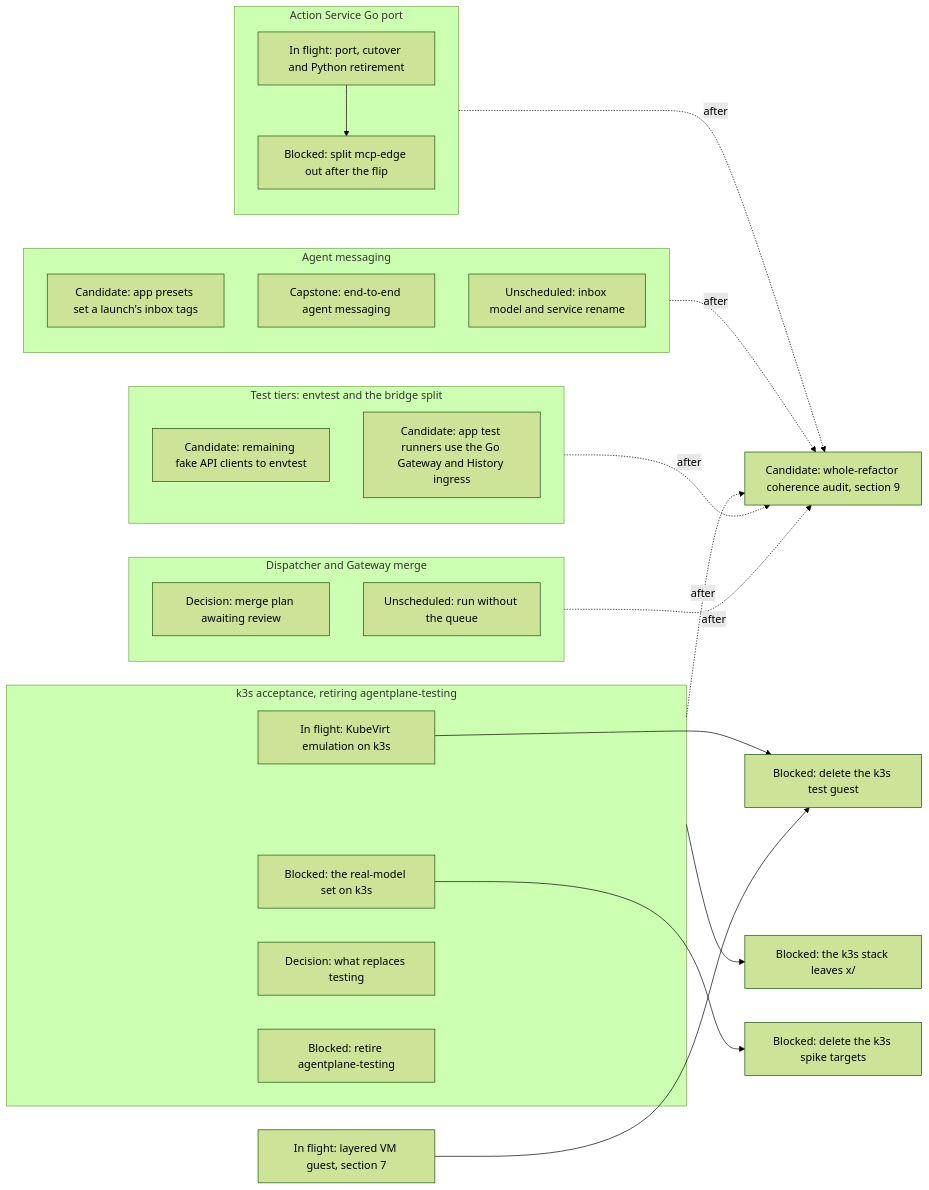
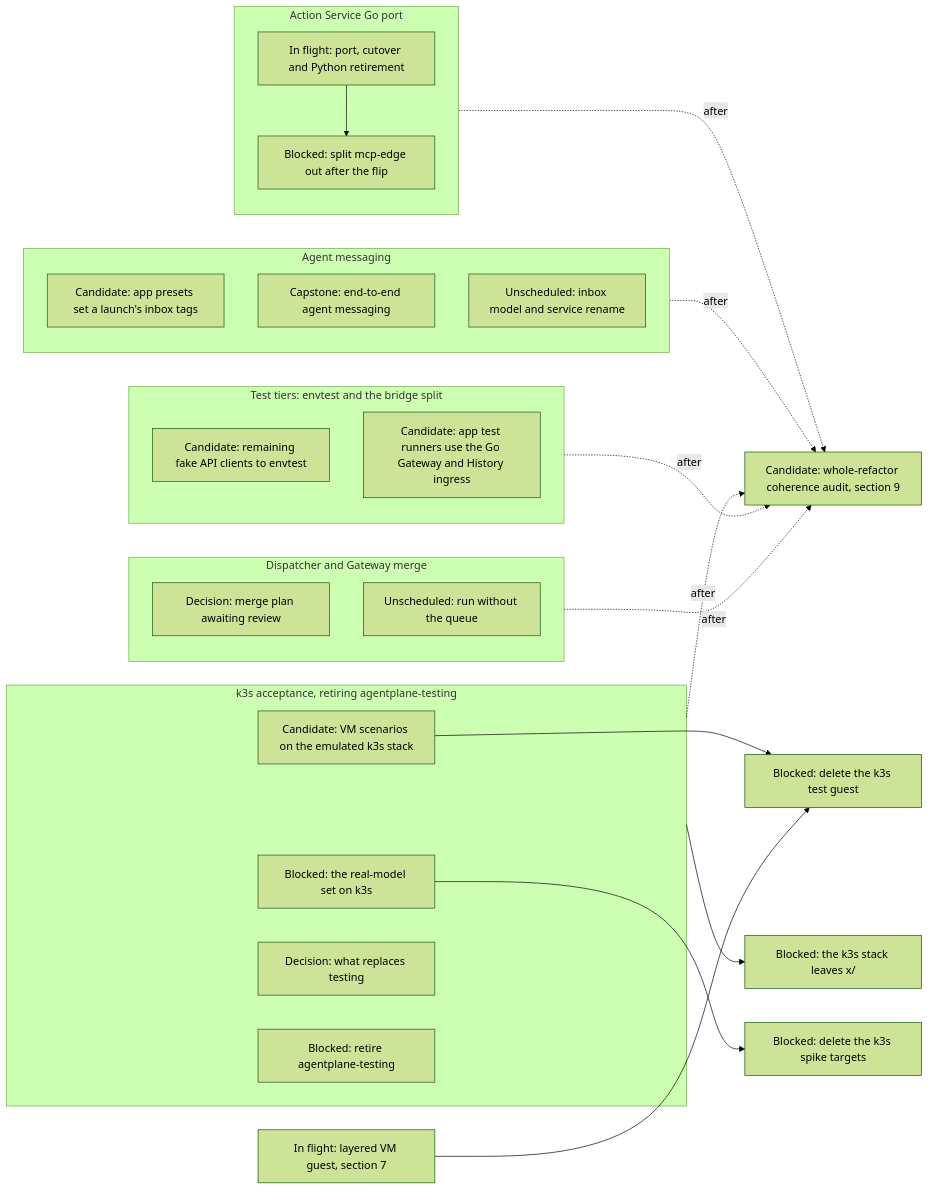
Before and after one commit to agentydragon-agent/ducktape: the first of 19 diagrams in agentplane/plans/task_dag.md, drawn with Mermaid (forest theme). The commit also changed other lines of this file and 22 other files, not shown here.

First line of the commit message:
agentplane: boot a VM Sandbox on the k3s stack under KubeVirt emulation

````diff
--- a/agentplane/plans/task_dag.md
+++ b/agentplane/plans/task_dag.md
@@ -29,36 +29,36 @@
 ```mermaid
 flowchart LR
     subgraph ACTION_TRACK[Action Service Go port]
         ACTION_SERVICE_GO_PORT[In flight: port, cutover and Python retirement]
         ACTION_MCP_EDGE_SPLIT[Blocked: split mcp-edge out after the flip]
     end
     subgraph MESSAGING_TRACK[Agent messaging]
         SANDBOX_INBOX_TAGS[Candidate: app presets set a launch's inbox tags]
         AGENT_MESSAGING[Capstone: end-to-end agent messaging]
         NOTIFICATION_SERVICE_SPLIT[Unscheduled: inbox model and service rename]
     end
     subgraph K3S_TRACK[k3s acceptance, retiring agentplane-testing]
-        K3S_VM_ACCEPTANCE[In flight: KubeVirt emulation on k3s]
+        K3S_VM_ACCEPTANCE[Candidate: VM scenarios on the emulated k3s stack]
         K3S_MODEL_SCENARIOS[Blocked: the real-model set on k3s]
         TESTING_ROLLOUT_ROLE[Decision: what replaces testing]
         TESTING_ENVIRONMENT_RETIRE[Blocked: retire agentplane-testing]
     end
     subgraph TIER_TRACK[Test tiers: envtest and the bridge split]
         FAKE_CLIENTS_TO_ENVTEST[Candidate: remaining fake API clients to envtest]
         APP_TEST_RUNNER_FIXTURES_GO[Candidate: app test runners use the Go Gateway and History ingress]
     end
     subgraph DISPATCH_TRACK[Dispatcher and Gateway merge]
         DISPATCHER_PERSISTENCE_MODEL_DESIGN[Decision: merge plan awaiting review]
         DISPATCHER_QUEUE_OPTIONAL[Unscheduled: run without the queue]
     end
     ACTION_SERVICE_GO_PORT --> ACTION_MCP_EDGE_SPLIT
     K3S_TRACK --> K3S_ENV_OUT_OF_X[Blocked: the k3s stack leaves x/]
     K3S_MODEL_SCENARIOS --> K3S_SPIKE_TARGETS_RETIRE[Blocked: delete the k3s spike targets]
     K3S_VM_ACCEPTANCE --> K3S_TEST_GUEST_RETIRE[Blocked: delete the k3s test guest]
     RUNNER_LAYERING_VM[In flight: layered VM guest, section 7] --> K3S_TEST_GUEST_RETIRE
     ACTION_TRACK -. after .-> REFACTOR_COHERENCE_AUDIT[Candidate: whole-refactor coherence audit, section 9]
     MESSAGING_TRACK -. after .-> REFACTOR_COHERENCE_AUDIT
     K3S_TRACK -. after .-> REFACTOR_COHERENCE_AUDIT
     TIER_TRACK -. after .-> REFACTOR_COHERENCE_AUDIT
     DISPATCH_TRACK -. after .-> REFACTOR_COHERENCE_AUDIT
 ```
````
